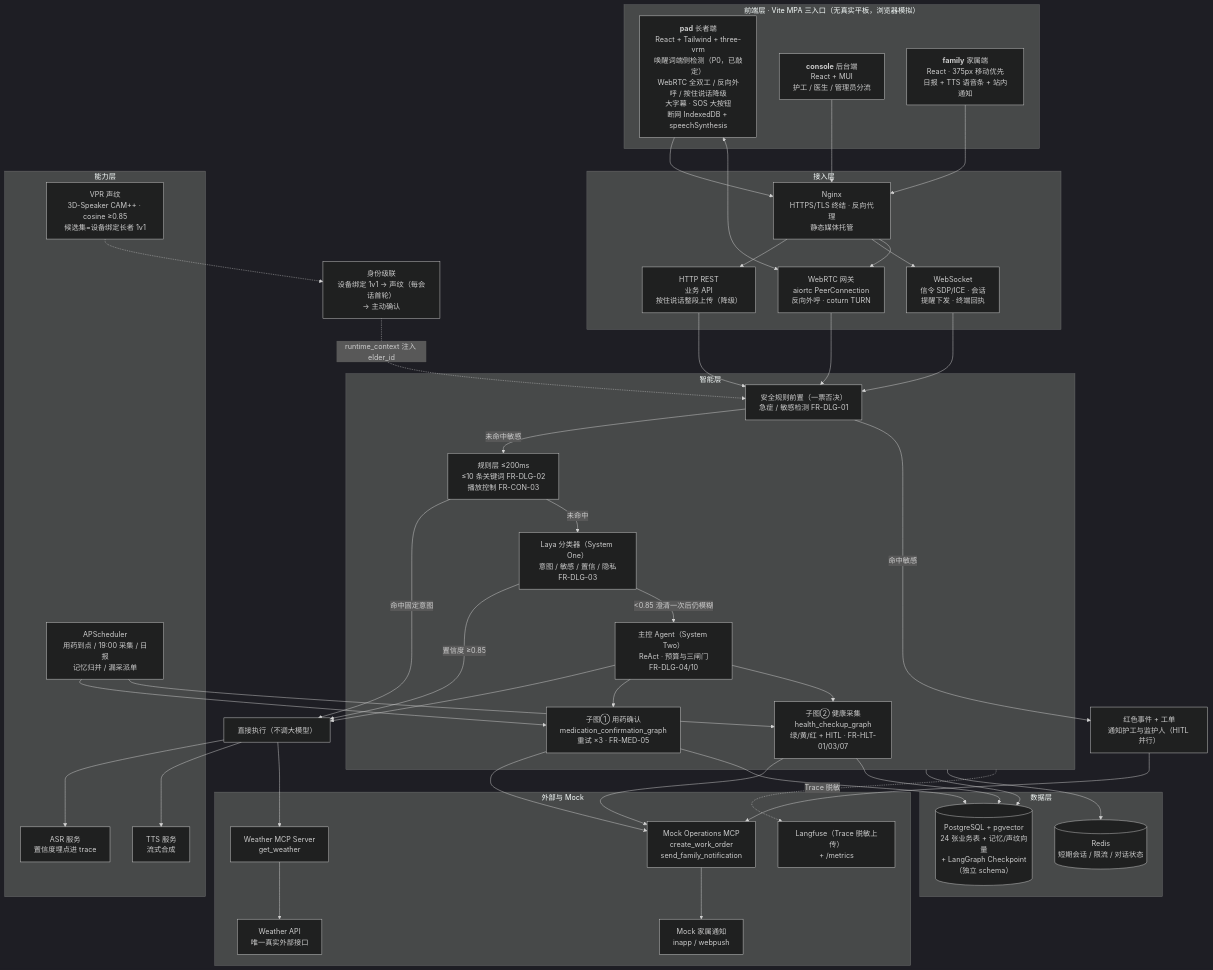
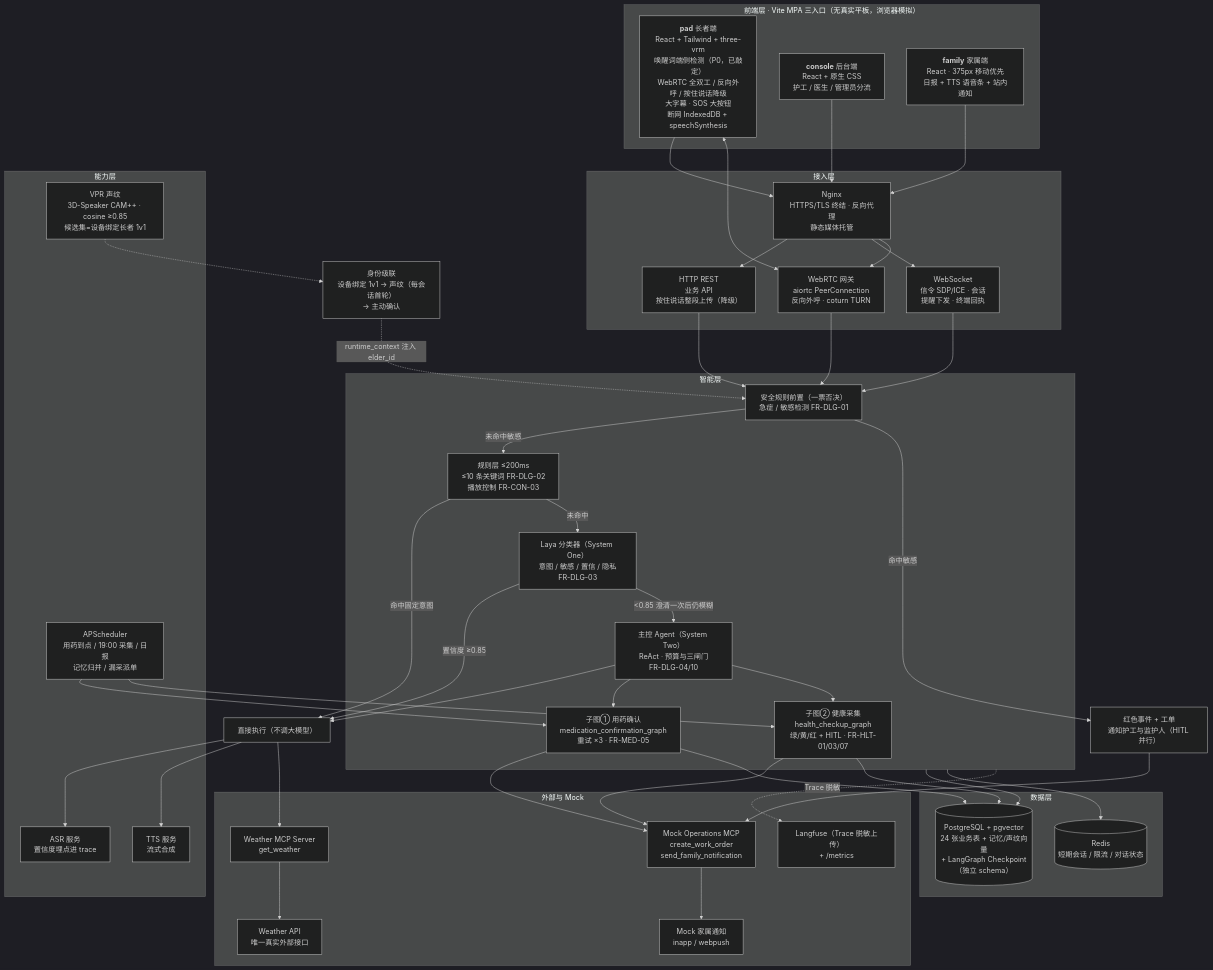
The first of 4 diagrams in docs/康伴3D数字人_技术设计文档.md (zha-yu/kangban), drawn with Mermaid (dark theme) before and after one commit. The commit also changed other lines of this file and 3 other files, not shown here.

First line of the commit message:
docs: 主理人裁决移除 MUI——四份文档口径统一为纯 React + 原生 CSS

````diff
--- a/docs/康伴3D数字人_技术设计文档.md
+++ b/docs/康伴3D数字人_技术设计文档.md
@@ -27,81 +27,81 @@
 ```mermaid
 flowchart TB
     subgraph FE["前端层 · Vite MPA 三入口（无真实平板，浏览器模拟）"]
         PAD["<b>pad</b> 长者端<br/>React + Tailwind + three-vrm<br/>唤醒词端侧检测（P0，已敲定）<br/>WebRTC 全双工 / 反向外呼 / 按住说话降级<br/>大字幕 · SOS 大按钮<br/>断网 IndexedDB + speechSynthesis"]
-        CONSOLE["<b>console</b> 后台端<br/>React + MUI<br/>护工 / 医生 / 管理员分流"]
+        CONSOLE["<b>console</b> 后台端<br/>React + 原生 CSS<br/>护工 / 医生 / 管理员分流"]
         FAMILY["<b>family</b> 家属端<br/>React · 375px 移动优先<br/>日报 + TTS 语音条 + 站内通知"]
     end
 
     subgraph GW["接入层"]
         NGINX["Nginx<br/>HTTPS/TLS 终结 · 反向代理<br/>静态媒体托管"]
         HTTP["HTTP REST<br/>业务 API<br/>按住说话整段上传（降级）"]
         WS["WebSocket<br/>信令 SDP/ICE · 会话<br/>提醒下发 · 终端回执"]
         RTC["WebRTC 网关<br/>aiortc PeerConnection<br/>反向外呼 · coturn TURN"]
     end
 
     subgraph INT["智能层"]
         VETO["安全规则前置（一票否决）<br/>急症 / 敏感检测 FR-DLG-01"]
         RULE["规则层 ≤200ms<br/>≤10 条关键词 FR-DLG-02<br/>播放控制 FR-CON-03"]
         LAYA["Laya 分类器（System One）<br/>意图 / 敏感 / 置信 / 隐私<br/>FR-DLG-03"]
         AGENT["主控 Agent（System Two）<br/>ReAct · 预算与三闸门<br/>FR-DLG-04/10"]
         SG1["子图① 用药确认<br/>medication_confirmation_graph<br/>重试 ×3 · FR-MED-05"]
         SG2["子图② 健康采集<br/>health_checkup_graph<br/>绿/黄/红 + HITL · FR-HLT-01/03/07"]
     end
 
     subgraph CAP["能力层"]
         ASR["ASR 服务<br/>置信度埋点进 trace"]
         TTS["TTS 服务<br/>流式合成"]
         VPR["VPR 声纹<br/>3D-Speaker CAM++ · cosine ≥0.85<br/>候选集=设备绑定长者 1v1"]
         SCHED["APScheduler<br/>用药到点 / 19:00 采集 / 日报<br/>记忆归并 / 漏采派单"]
     end
 
     subgraph DATA["数据层"]
         PG[("PostgreSQL + pgvector<br/>24 张业务表 + 记忆/声纹向量<br/>+ LangGraph Checkpoint（独立 schema）")]
         REDIS[("Redis<br/>短期会话 / 限流 / 对话状态")]
     end
 
     subgraph EXT["外部与 Mock"]
         WAPI["Weather API<br/>唯一真实外部接口"]
         MCPW["Weather MCP Server<br/>get_weather"]
         MCPO["Mock Operations MCP<br/>create_work_order<br/>send_family_notification"]
         NOTIFY["Mock 家属通知<br/>inapp / webpush"]
         LF["Langfuse（Trace 脱敏上传）<br/>+ /metrics"]
     end
 
     PAD --> NGINX
     PAD <--> RTC
     CONSOLE --> NGINX
     FAMILY --> NGINX
     NGINX --> HTTP
     NGINX --> WS
     NGINX --> RTC
     HTTP --> VETO
     WS --> VETO
     RTC --> VETO
     VETO -->|未命中敏感| RULE
     VETO -->|命中敏感| REDEVT["红色事件 + 工单<br/>通知护工与监护人（HITL 并行）"]
     RULE -->|命中固定意图| TOOLRUN["直接执行（不调大模型）"]
     RULE -->|未命中| LAYA
     LAYA -->|置信度 ≥0.85| TOOLRUN
     LAYA -->|&lt;0.85 澄清一次后仍模糊| AGENT
     AGENT --> TOOLRUN
     AGENT --> SG1
     AGENT --> SG2
     SCHED --> SG1
     SCHED --> SG2
     TOOLRUN --> ASR
     TOOLRUN --> TTS
     IDEN["身份级联<br/>设备绑定 1v1 → 声纹（每会话首轮）<br/>→ 主动确认"] -.->|runtime_context 注入 elder_id| VETO
     VPR -.-> IDEN
     SG1 --> MCPO
     SG2 --> MCPO
     REDEVT --> MCPO
     MCPO --> NOTIFY
     TOOLRUN --> MCPW
     MCPW --> WAPI
     INT --> PG
     INT --> REDIS
     SG1 --> PG
     SG2 --> PG
     INT -.->|Trace 脱敏| LF
 ```
````
